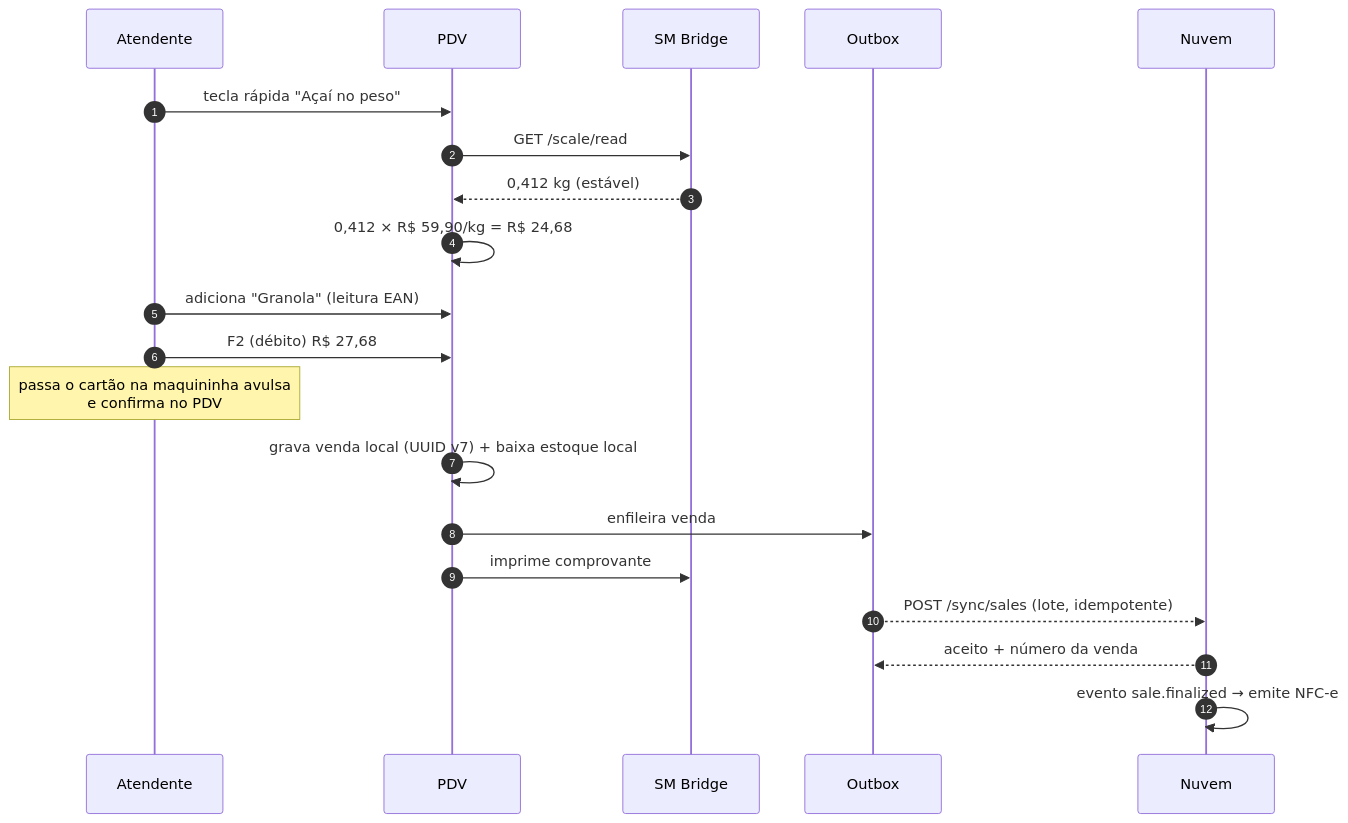
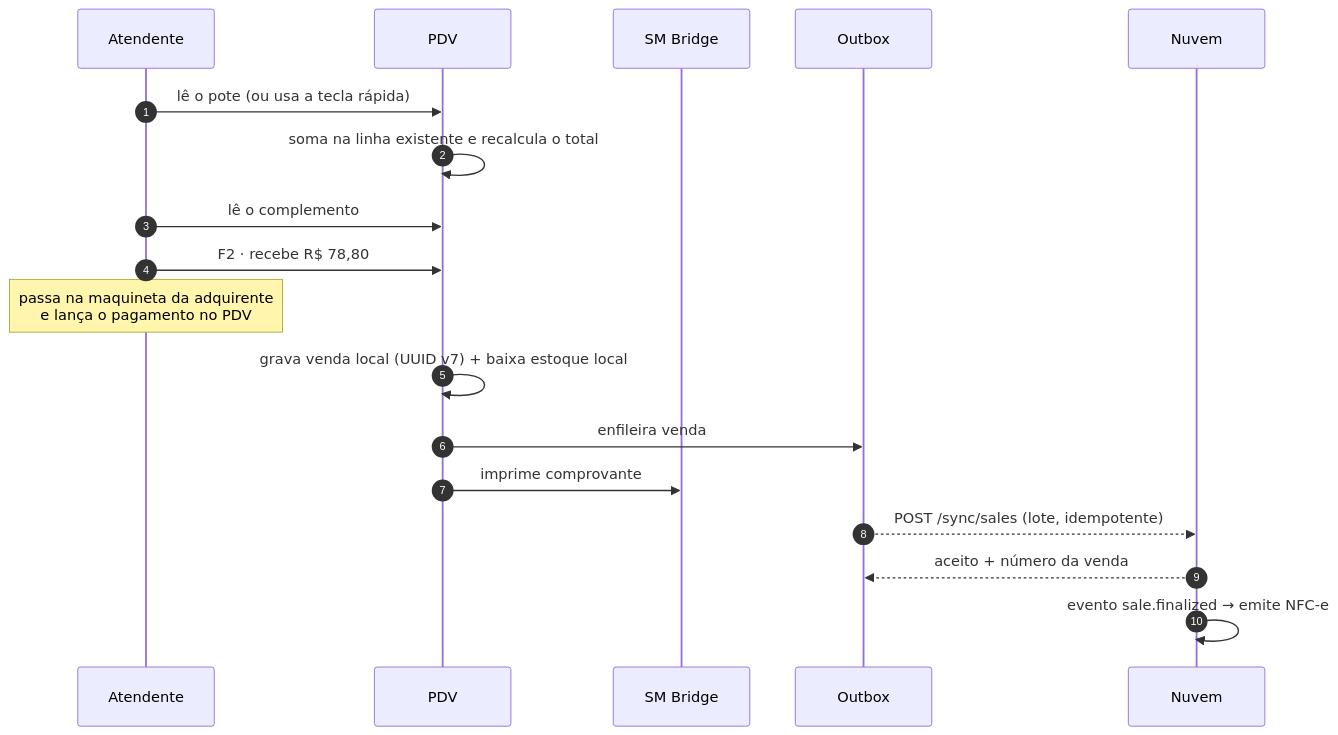
Before and after one commit to willopes2025/clever-qr-share: the first of 4 diagrams in docs/erp/04-MODULOS.md, drawn with Mermaid. The commit also changed other lines of this file and 13 other files, not shown here.

First line of the commit message:
docs(erp): alinha arquitetura à venda por pote e ao pagamento lançado

````diff
--- a/docs/erp/04-MODULOS.md
+++ b/docs/erp/04-MODULOS.md
@@ -23,23 +23,21 @@
 ```mermaid
 sequenceDiagram
     autonumber
     participant A as Atendente
     participant P as PDV
     participant B as SM Bridge
     participant Q as Outbox
     participant API as Nuvem
 
-    A->>P: tecla rápida "Açaí no peso"
-    P->>B: GET /scale/read
-    B-->>P: 0,412 kg (estável)
-    P->>P: 0,412 × R$ 59,90/kg = R$ 24,68
-    A->>P: adiciona "Granola" (leitura EAN)
-    A->>P: F2 (débito) R$ 27,68
-    Note over A: passa o cartão na maquininha avulsa<br/>e confirma no PDV
+    A->>P: lê o pote (ou usa a tecla rápida)
+    P->>P: soma na linha existente e recalcula o total
+    A->>P: lê o complemento
+    A->>P: F2 · recebe R$ 78,80
+    Note over A: passa na maquineta da adquirente<br/>e lança o pagamento no PDV
     P->>P: grava venda local (UUID v7) + baixa estoque local
     P->>Q: enfileira venda
     P->>B: imprime comprovante
     Q-->>API: POST /sync/sales (lote, idempotente)
     API-->>Q: aceito + número da venda
     API->>API: evento sale.finalized → emite NFC-e
 ```
````
